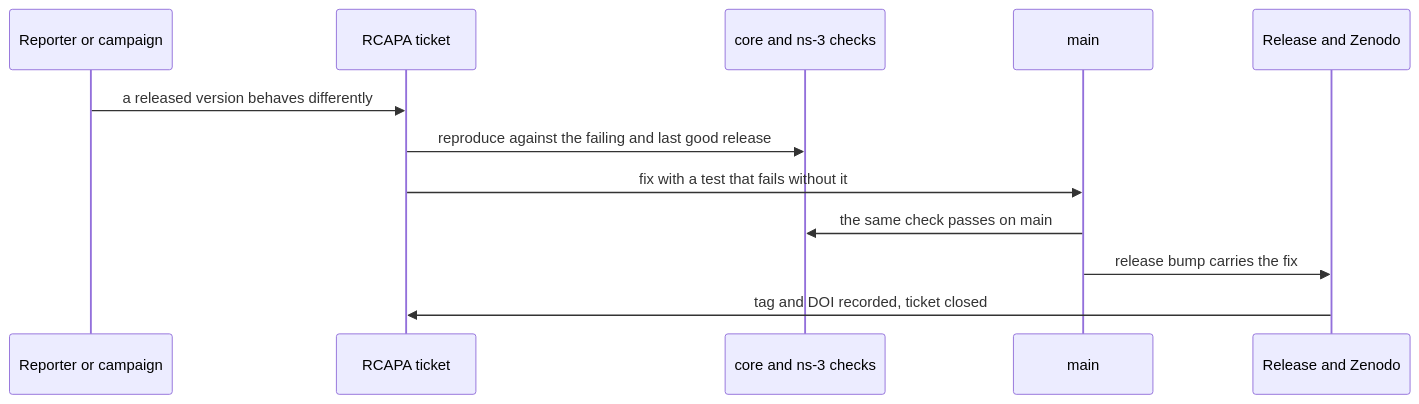
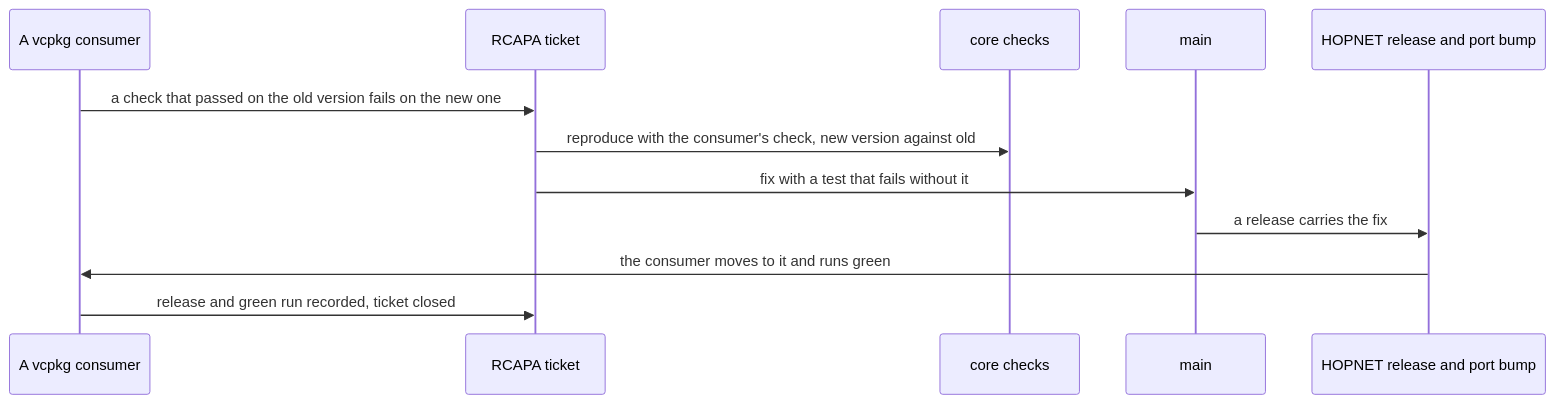
The diagram in docs/rcapa/README.md (swarm-routing/HOPNET), drawn with Mermaid before and after one commit. The commit also changed other lines of this file, not shown here.

````diff
--- a/docs/rcapa/README.md
+++ b/docs/rcapa/README.md
@@ -35,14 +34,14 @@
 ```mermaid
 sequenceDiagram
-    participant U as Reporter or campaign
+    participant C as A vcpkg consumer
     participant T as RCAPA ticket
-    participant G as core and ns-3 checks
+    participant G as core checks
     participant M as main
-    participant R as Release and Zenodo
-    U->>T: a released version behaves differently
-    T->>G: reproduce against the failing and last good release
+    participant R as HOPNET release and port bump
+    C->>T: a check that passed on the old version fails on the new one
+    T->>G: reproduce with the consumer's check, new version against old
     T->>M: fix with a test that fails without it
-    M->>G: the same check passes on main
-    M->>R: release bump carries the fix
-    R->>T: tag and DOI recorded, ticket closed
+    M->>R: a release carries the fix
+    R->>C: the consumer moves to it and runs green
+    C->>T: release and green run recorded, ticket closed
 ```
````
